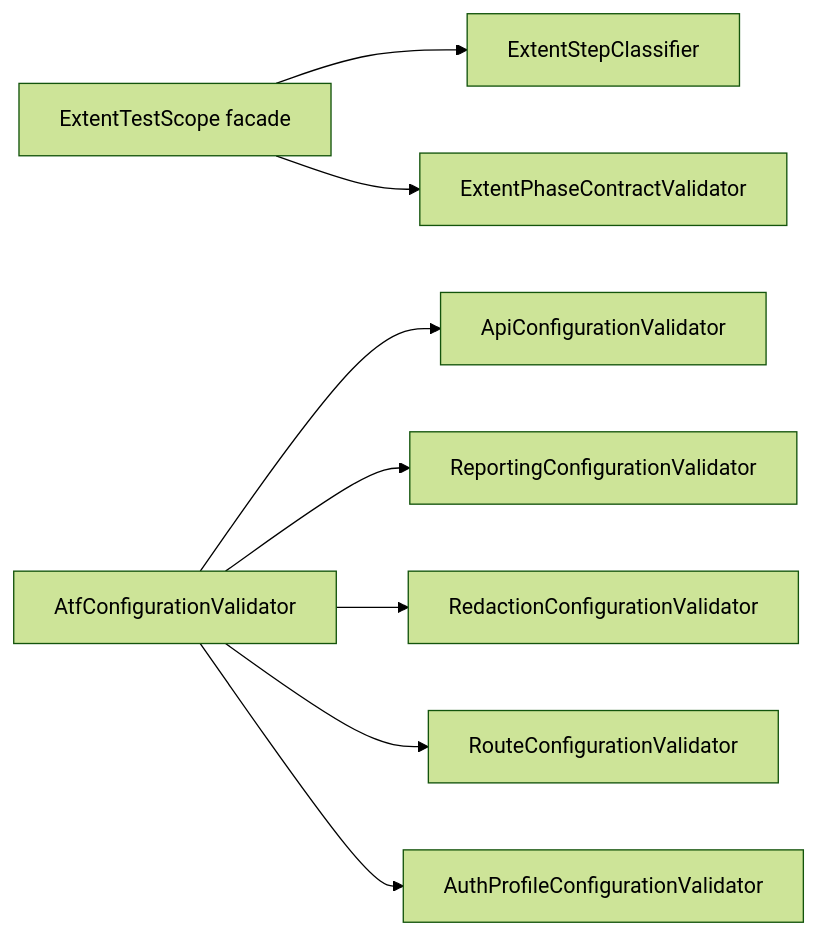
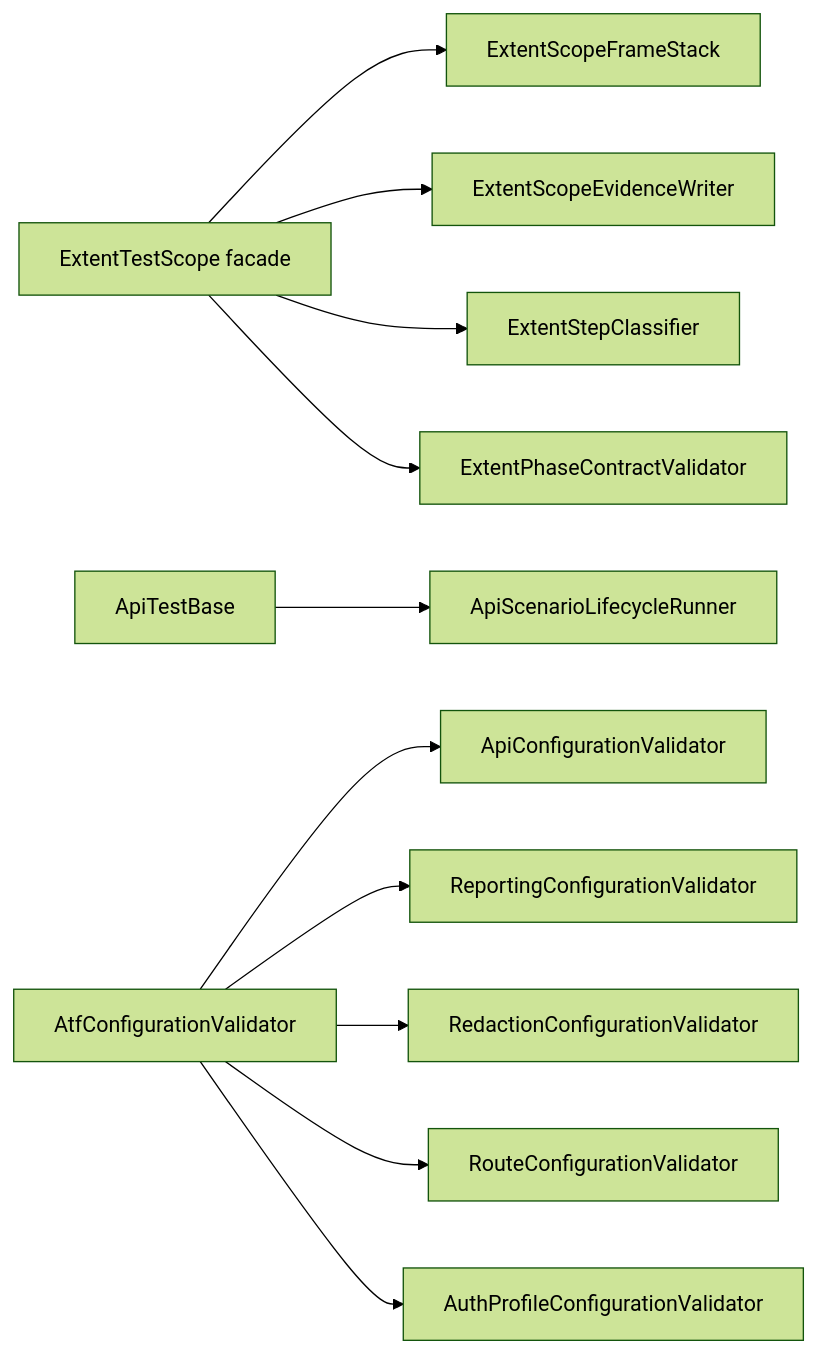
Before and after one commit to crististefanita/CS1: the seventh of 10 diagrams in docs/ATF_Refactoring_Assessment.md, drawn with Mermaid (forest theme). The commit also changed other lines of this file and 210 other files, not shown here.

Commit message:
Modularize API lifecycle and Extent reporting

````diff
--- a/docs/ATF_Refactoring_Assessment.md
+++ b/docs/ATF_Refactoring_Assessment.md
@@ -277,10 +335,13 @@
 ```mermaid
 flowchart LR
-    Scope[ExtentTestScope facade] --> Classifier[ExtentStepClassifier]
+    Scope[ExtentTestScope facade] --> Stack[ExtentScopeFrameStack]
+    Scope --> Evidence[ExtentScopeEvidenceWriter]
+    Scope --> Classifier[ExtentStepClassifier]
     Scope --> Tree[ExtentPhaseContractValidator]
+    Base[ApiTestBase] --> Runner[ApiScenarioLifecycleRunner]
     Config[AtfConfigurationValidator] --> Api[ApiConfigurationValidator]
     Config --> Report[ReportingConfigurationValidator]
     Config --> Redaction[RedactionConfigurationValidator]
     Config --> Routes[RouteConfigurationValidator]
     Config --> Auth[AuthProfileConfigurationValidator]
 ```
````
